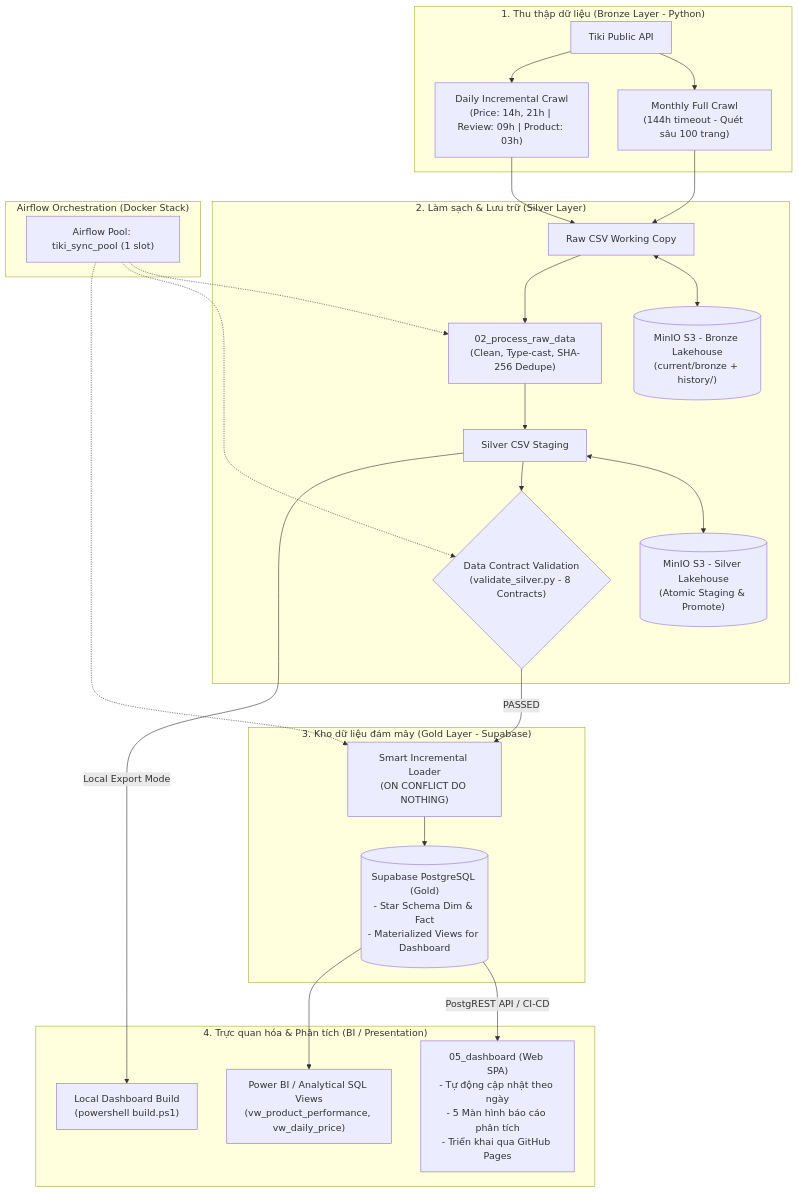
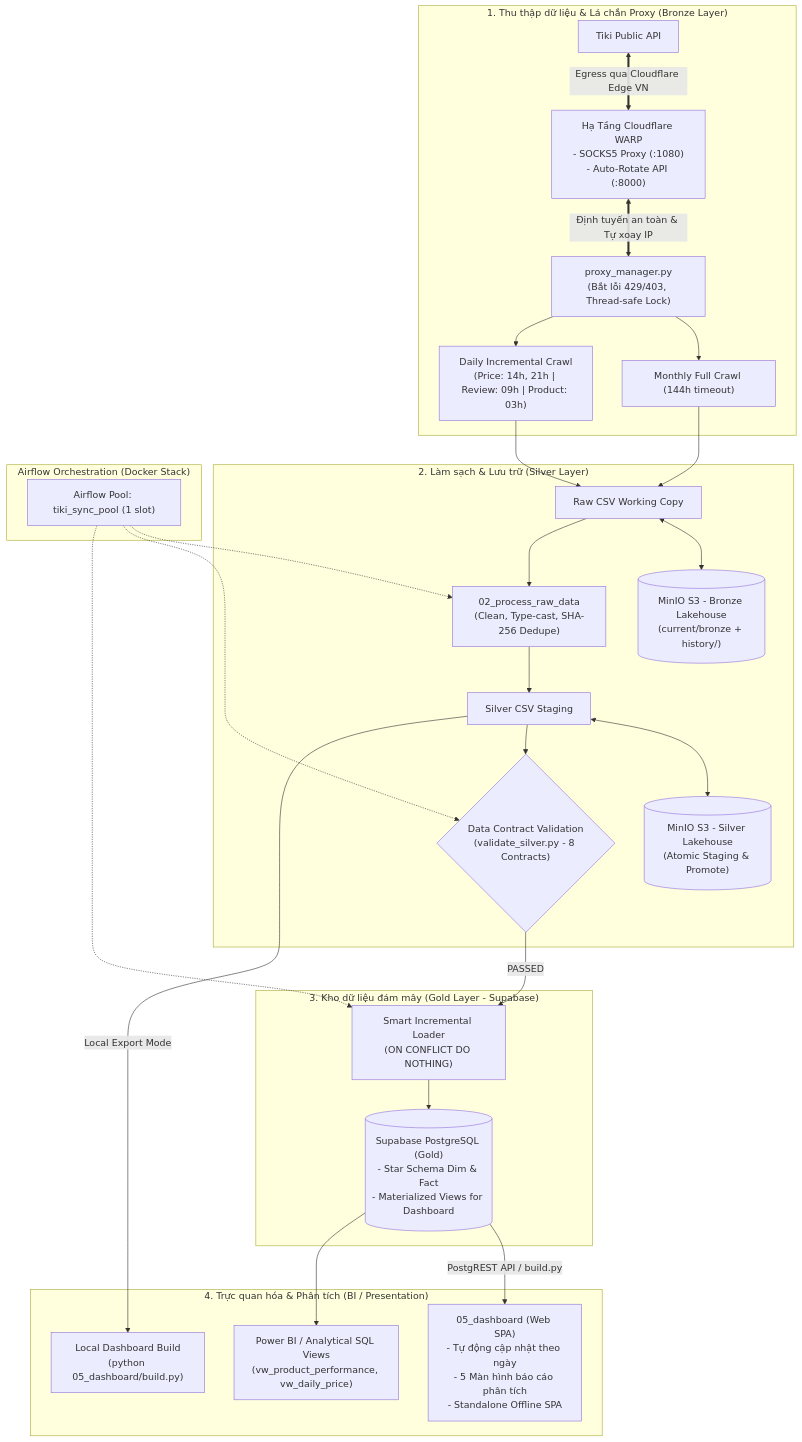
The first of 2 diagrams in README.md (tuan-anh-05/TiKi-Analysis), drawn with Mermaid before and after one commit. The commit also changed other lines of this file and 44 other files, not shown here.

Commit message:
feat: integrate Cloudflare WARP proxy rotation, Python dashboard tooling, and data refresh

````diff
--- a/README.md
+++ b/README.md
@@ -61,35 +61,37 @@
 ```mermaid
 flowchart TD
-    subgraph INGESTION["1. Thu thập dữ liệu (Bronze Layer - Python)"]
-        TikiAPI["Tiki Public API"] --> CrawlMonthly["Monthly Full Crawl<br/>(144h timeout - Quét sâu 100 trang)"]
-        TikiAPI --> CrawlDaily["Daily Incremental Crawl<br/>(Price: 14h, 21h | Review: 09h | Product: 03h)"]
+    subgraph INGESTION["1. Thu thập dữ liệu & Lá chắn Proxy (Bronze Layer)"]
+        TikiAPI["Tiki Public API"] <== "Egress qua Cloudflare Edge VN" ==> WARPProxy["Hạ Tầng Cloudflare WARP<br/>- SOCKS5 Proxy (:1080)<br/>- Auto-Rotate API (:8000)"]
+        WARPProxy <== "Định tuyến an toàn & Tự xoay IP" ==> ProxyMgr["proxy_manager.py<br/>(Bắt lỗi 429/403, Thread-safe Lock)"]
+        ProxyMgr --> CrawlMonthly["Monthly Full Crawl (144h timeout)"]
+        ProxyMgr --> CrawlDaily["Daily Incremental Crawl<br/>(Price: 14h, 21h | Review: 09h | Product: 03h)"]
     end
 
     subgraph LAKEHOUSE["2. Làm sạch & Lưu trữ (Silver Layer)"]
         CrawlMonthly & CrawlDaily --> BronzeCSV["Raw CSV Working Copy"]
         BronzeCSV <--> MinIOBronze[("MinIO S3 - Bronze Lakehouse<br/>(current/bronze + history/)")]
         
         BronzeCSV --> Preprocess["02_process_raw_data<br/>(Clean, Type-cast, SHA-256 Dedupe)"]
         Preprocess --> SilverCSV["Silver CSV Staging"]
         SilverCSV <--> MinIOSilver[("MinIO S3 - Silver Lakehouse<br/>(Atomic Staging & Promote)")]
         
         SilverCSV --> Validator{"Data Contract Validation<br/>(validate_silver.py - 8 Contracts)"}
     end
 
     subgraph DATA_WAREHOUSE["3. Kho dữ liệu đám mây (Gold Layer - Supabase)"]
         Validator -->|PASSED| PushSQL["Smart Incremental Loader<br/>(ON CONFLICT DO NOTHING)"]
         PushSQL --> GoldDB[("Supabase PostgreSQL (Gold)<br/>- Star Schema Dim & Fact<br/>- Materialized Views for Dashboard")]
     end
 
     subgraph BI_DASHBOARD["4. Trực quan hóa & Phân tích (BI / Presentation)"]
-        GoldDB -->|PostgREST API / CI-CD| WebDash["05_dashboard (Web SPA)<br/>- Tự động cập nhật theo ngày<br/>- 5 Màn hình báo cáo phân tích<br/>- Triển khai qua GitHub Pages"]
-        SilverCSV -->|Local Export Mode| LocalDash["Local Dashboard Build<br/>(powershell build.ps1)"]
+        GoldDB -->|PostgREST API / build.py| WebDash["05_dashboard (Web SPA)<br/>- Tự động cập nhật theo ngày<br/>- 5 Màn hình báo cáo phân tích<br/>- Standalone Offline SPA"]
+        SilverCSV -->|Local Export Mode| LocalDash["Local Dashboard Build<br/>(python 05_dashboard/build.py)"]
         GoldDB --> PowerBI["Power BI / Analytical SQL Views<br/>(vw_product_performance, vw_daily_price)"]
     end
 
     subgraph ORCHESTRATION["Airflow Orchestration (Docker Stack)"]
         AFPool["Airflow Pool: tiki_sync_pool (1 slot)"] -.-> Preprocess
         AFPool -.-> Validator
         AFPool -.-> PushSQL
     end
 ```
````
